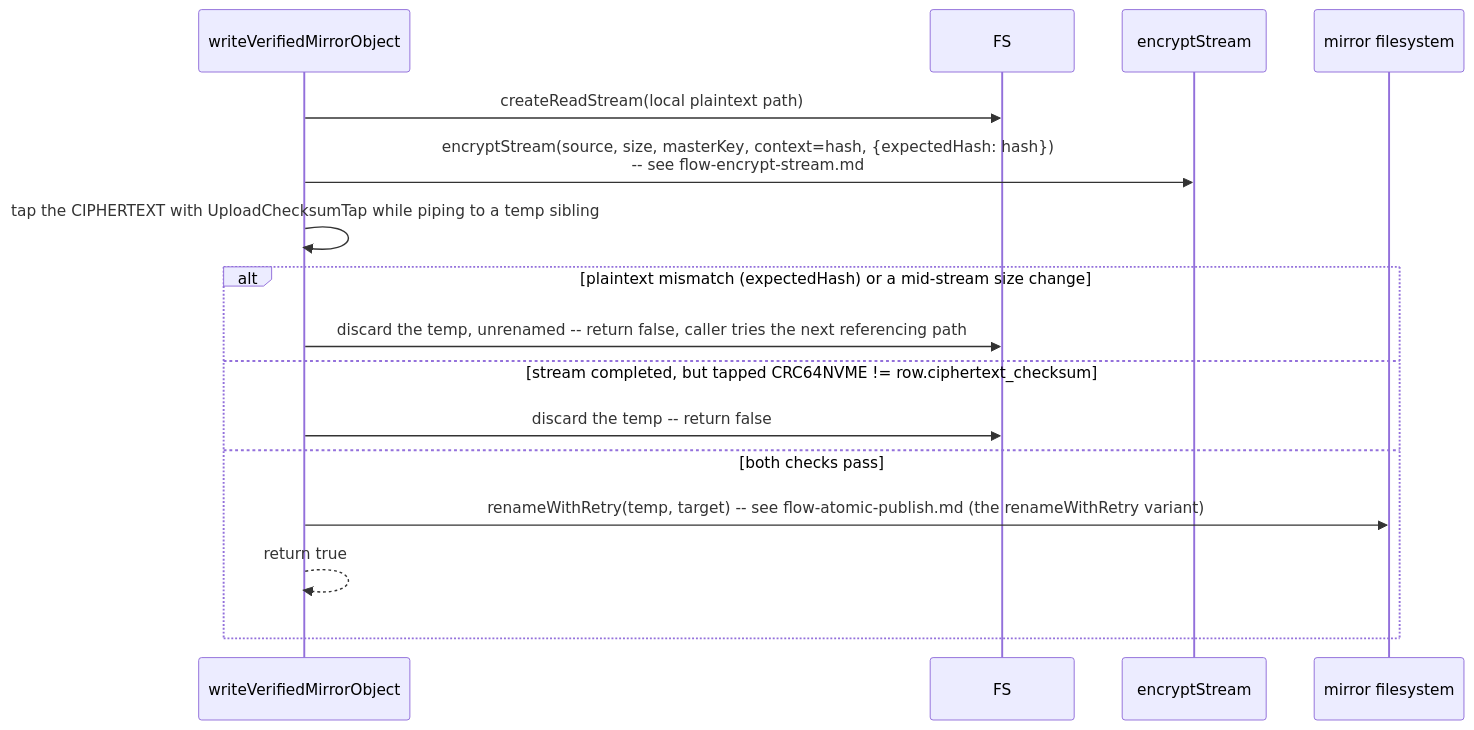
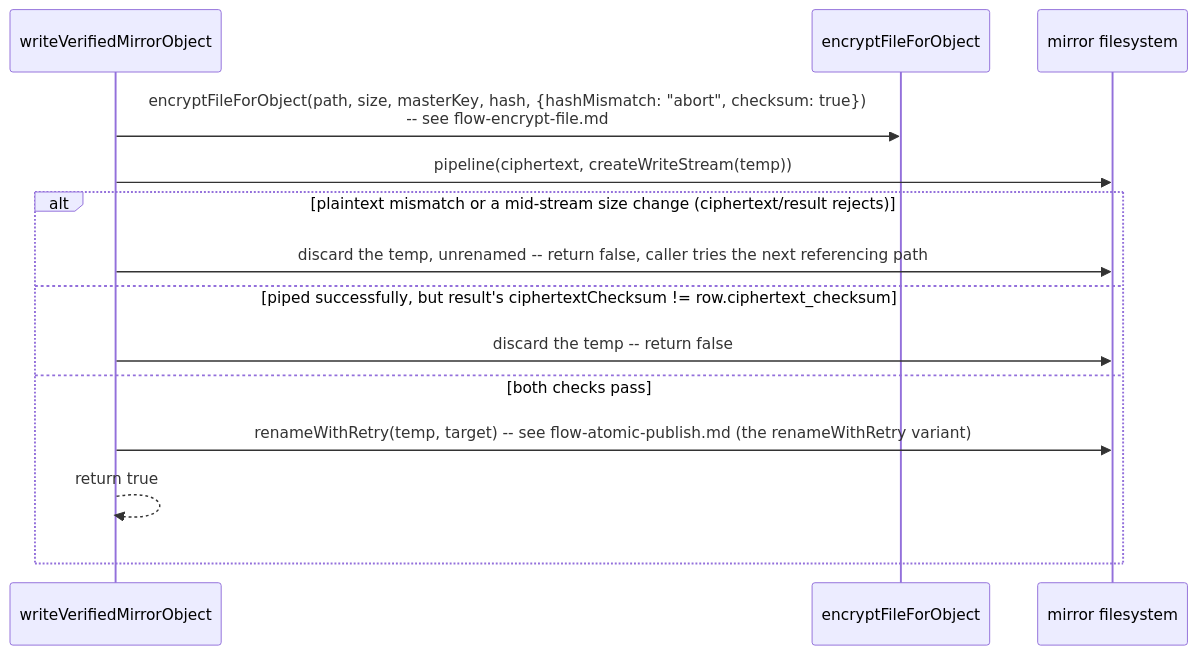
The third of 4 diagrams in docs/sequences/mirror.md (ribaptista/sync1), drawn with Mermaid before and after one commit. The commit also changed other lines of this file and 22 other files, not shown here.

First line of the commit message:
feat(sanity_check): one-pass ciphertext checksums, shared with sync/mirror (#50)

````diff
--- a/docs/sequences/mirror.md
+++ b/docs/sequences/mirror.md
@@ -127,19 +127,17 @@
 ```mermaid
 sequenceDiagram
     participant Job as writeVerifiedMirrorObject
-    participant FS
-    participant Codec as encryptStream
+    participant Enc as encryptFileForObject
     participant Mirror as mirror filesystem
 
-    Job->>FS: createReadStream(local plaintext path)
-    Job->>Codec: encryptStream(source, size, masterKey, context=hash, {expectedHash: hash})<br/>-- see flow-encrypt-stream.md
-    Job->>Job: tap the CIPHERTEXT with UploadChecksumTap while piping to a temp sibling
-    alt plaintext mismatch (expectedHash) or a mid-stream size change
-        Job->>FS: discard the temp, unrenamed -- return false, caller tries the next referencing path
-    else stream completed, but tapped CRC64NVME != row.ciphertext_checksum
-        Job->>FS: discard the temp -- return false
+    Job->>Enc: encryptFileForObject(path, size, masterKey, hash, {hashMismatch: "abort", checksum: true})<br/>-- see flow-encrypt-file.md
+    Job->>Mirror: pipeline(ciphertext, createWriteStream(temp))
+    alt plaintext mismatch or a mid-stream size change (ciphertext/result rejects)
+        Job->>Mirror: discard the temp, unrenamed -- return false, caller tries the next referencing path
+    else piped successfully, but result's ciphertextChecksum != row.ciphertext_checksum
+        Job->>Mirror: discard the temp -- return false
     else both checks pass
         Job->>Mirror: renameWithRetry(temp, target) -- see flow-atomic-publish.md (the renameWithRetry variant)
         Job-->>Job: return true
     end
 ```
````
